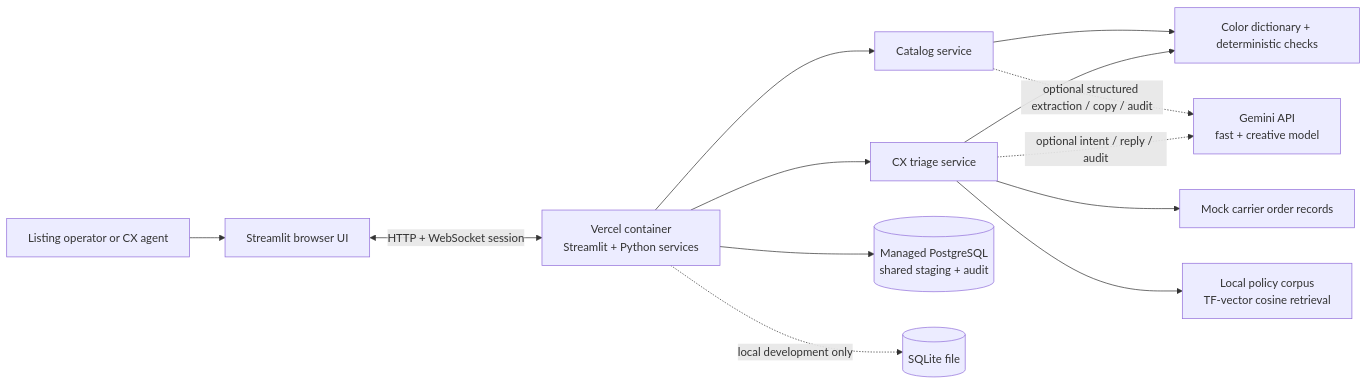
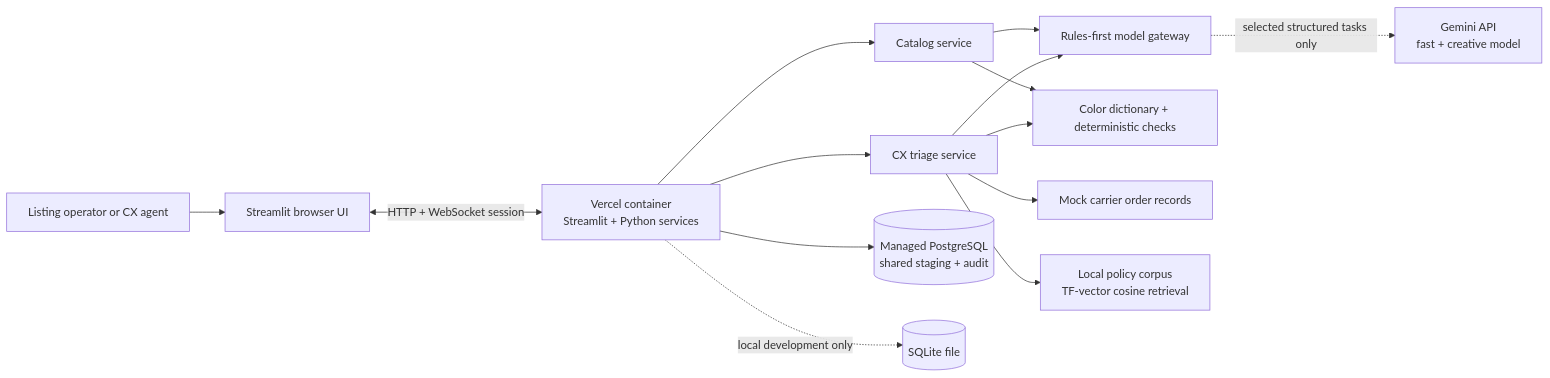
One commit to bestfit05/dhaga-ops changed the first of 3 diagrams in docs/architecture.md. Above: the diagram before and after it, drawn with Mermaid. The commit also changed other lines of this file and 19 other files, not shown here.

````diff
--- a/docs/architecture.md
+++ b/docs/architecture.md
@@ -7,15 +9,16 @@
 ```mermaid
 flowchart LR
     Operator[Listing operator or CX agent] --> Browser[Streamlit browser UI]
     Browser <-->|HTTP + WebSocket session| App[Vercel container\nStreamlit + Python services]
     App --> Catalog[Catalog service]
     App --> CX[CX triage service]
+    Catalog --> Gateway[Rules-first model gateway]
+    CX --> Gateway
     Catalog --> Rules[Color dictionary + deterministic checks]
     CX --> Rules
     CX --> Fixtures[Mock carrier order records]
     CX --> Policies[Local policy corpus\nTF-vector cosine retrieval]
-    Catalog -. optional structured extraction / copy / audit .-> Gemini[Gemini API\nfast + creative model]
-    CX -. optional intent / reply / audit .-> Gemini
+    Gateway -. selected structured tasks only .-> Gemini[Gemini API\nfast + creative model]
     App --> DB[(Managed PostgreSQL\nshared staging + audit)]
     App -. local development only .-> SQLite[(SQLite file)]
 ```
````
